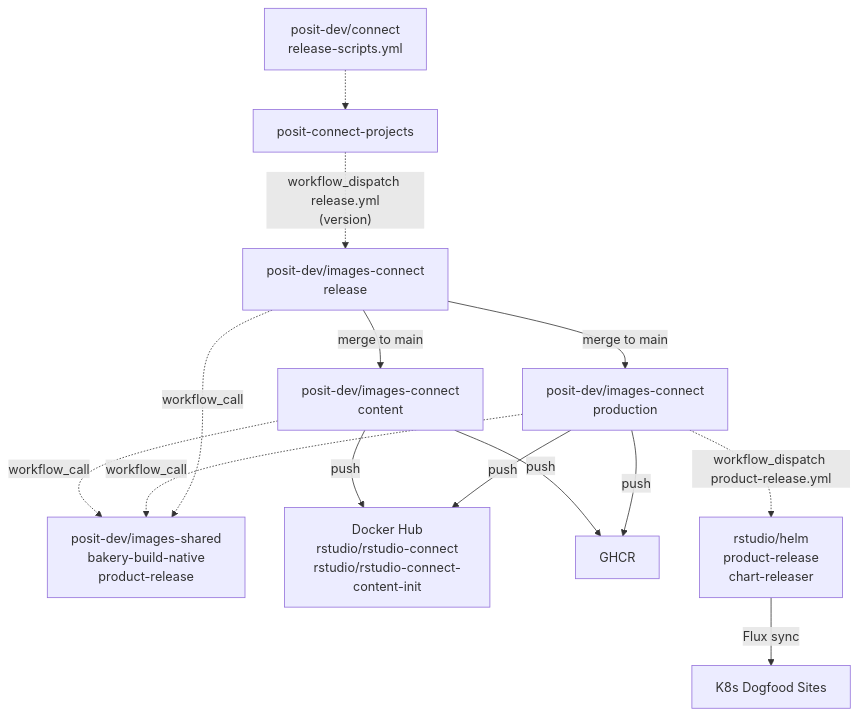
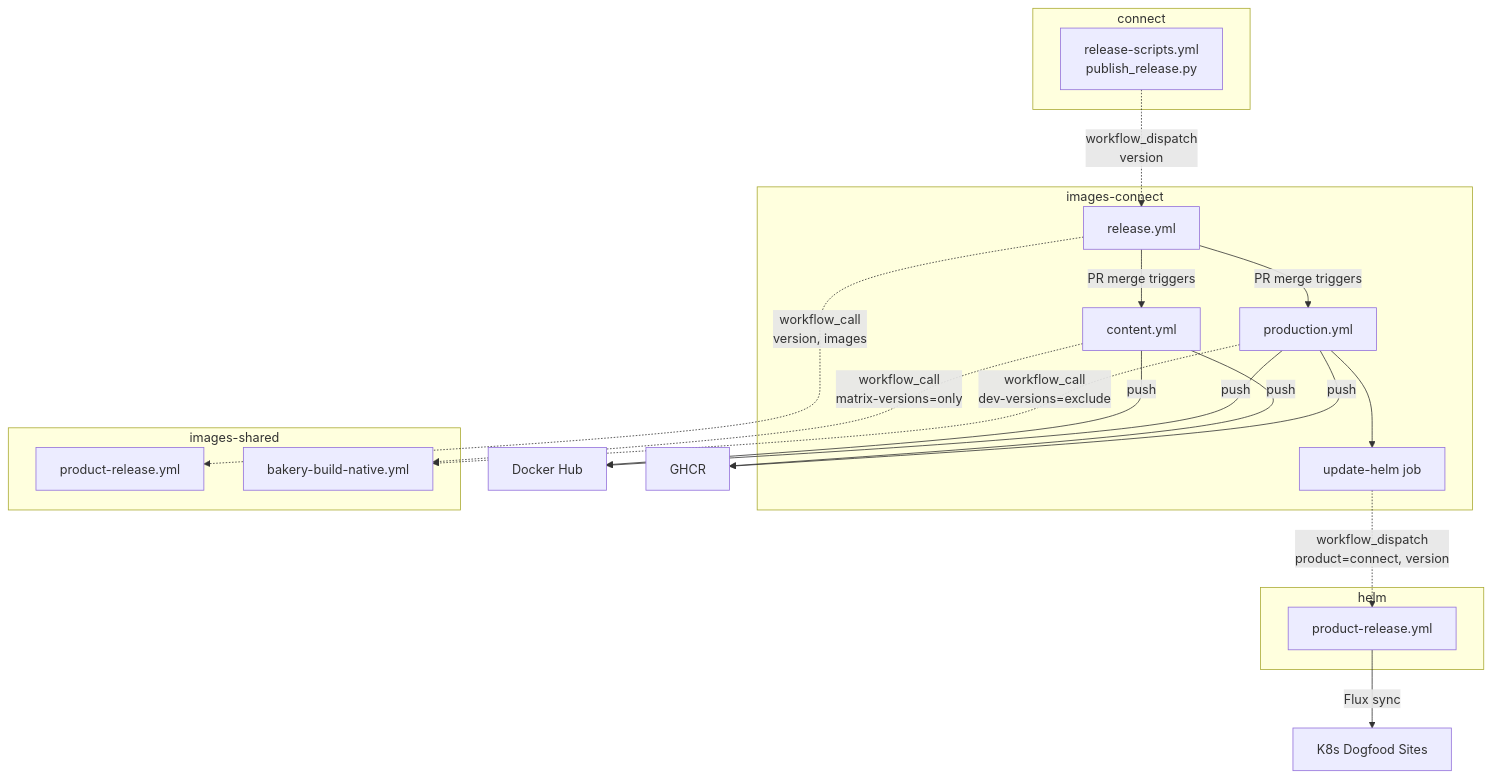
Before and after one commit to posit-dev/images-shared: the fourth of 9 diagrams in posit-bakery/docs/cross-repo-workflows.qmd, drawn with Mermaid. The commit also changed other lines of this file, not shown here.

First line of the commit message:
Update cross-repo workflow diagrams

````diff
--- a/posit-bakery/docs/cross-repo-workflows.qmd
+++ b/posit-bakery/docs/cross-repo-workflows.qmd
@@ -162,36 +145,51 @@
 ```{mermaid}
 %%| fig-cap: "Connect Production Flow"
 graph TD
-    PROD["posit-dev/connect<br/>release-scripts.yml"]
-    BOT["posit-connect-projects"]
+    subgraph connect
+        SCRIPTS["release-scripts.yml<br/>publish_release.py"]
+    end
 
-    PROD -.-> BOT
-    BOT -.->|"workflow_dispatch release.yml<br/>(version)"| IMG_RELEASE
+    SCRIPTS -.->|"workflow_dispatch<br/>version"| REL
 
-    SHARED["posit-dev/images-shared<br/>bakery-build-native<br/>product-release"]
+    subgraph images-connect
+        REL["release.yml"]
+        PROD_WF["production.yml"]
+        CONTENT["content.yml"]
+        HELM_JOB["update-helm job"]
+    end
 
-    IMG_RELEASE["posit-dev/images-connect<br/>release"]
-    IMG_PROD["posit-dev/images-connect<br/>production"]
-    IMG_CONTENT["posit-dev/images-connect<br/>content"]
+    REL -.->|"workflow_call<br/>version, images"| PRODUCT_REL
 
-    IMG_RELEASE -.->|workflow_call| SHARED
-    IMG_PROD -.->|workflow_call| SHARED
-    IMG_CONTENT -.->|workflow_call| SHARED
+    subgraph images-shared
+        PRODUCT_REL["product-release.yml"]
+        SHARED["bakery-build-native.yml"]
+    end
 
-    IMG_RELEASE -->|"merge to main"| IMG_PROD
-    IMG_RELEASE -->|"merge to main"| IMG_CONTENT
+    REL -->|"PR merge triggers"| PROD_WF
+    REL -->|"PR merge triggers"| CONTENT
 
-    IMG_PROD -->|push| DOCKERHUB
-    IMG_PROD -->|push| GHCR
-    IMG_CONTENT -->|push| DOCKERHUB
-    IMG_CONTENT -->|push| GHCR
+    PROD_WF -.->|"workflow_call<br/>dev-versions=exclude"| SHARED
+    CONTENT -.->|"workflow_call<br/>matrix-versions=only"| SHARED
 
-    DOCKERHUB["Docker Hub<br/>rstudio/rstudio-connect<br/>rstudio/rstudio-connect-content-init"]
-    GHCR["GHCR"]
+    PROD_WF --> HELM_JOB
+    HELM_JOB -.->|"workflow_dispatch<br/>product=connect, version"| HELM_WF
 
-    IMG_PROD -.->|"workflow_dispatch product-release.yml"| HELM
-    HELM["rstudio/helm<br/>product-release<br/>chart-releaser"]
-    HELM -->|Flux sync| K8S
+    PROD_WF -->|push| DOCKERHUB["Docker Hub"]
+    PROD_WF -->|push| GHCR["GHCR"]
+    CONTENT -->|push| DOCKERHUB
+    CONTENT -->|push| GHCR
 
-    K8S["K8s Dogfood Sites"]
+    subgraph helm
+        HELM_WF["product-release.yml"]
+    end
+
+    HELM_WF -->|Flux sync| K8S["K8s Dogfood Sites"]
+
+    click SCRIPTS "https://github.com/posit-dev/connect/blob/main/.github/workflows/release-scripts.yml" _blank
+    click REL "https://github.com/posit-dev/images-connect/blob/main/.github/workflows/release.yml" _blank
+    click PROD_WF "https://github.com/posit-dev/images-connect/blob/main/.github/workflows/production.yml" _blank
+    click CONTENT "https://github.com/posit-dev/images-connect/blob/main/.github/workflows/content.yml" _blank
+    click PRODUCT_REL "https://github.com/posit-dev/images-shared/blob/main/.github/workflows/product-release.yml" _blank
+    click SHARED "https://github.com/posit-dev/images-shared/blob/main/.github/workflows/bakery-build-native.yml" _blank
+    click HELM_WF "https://github.com/rstudio/helm/blob/main/.github/workflows/product-release.yml" _blank
 ```
````
